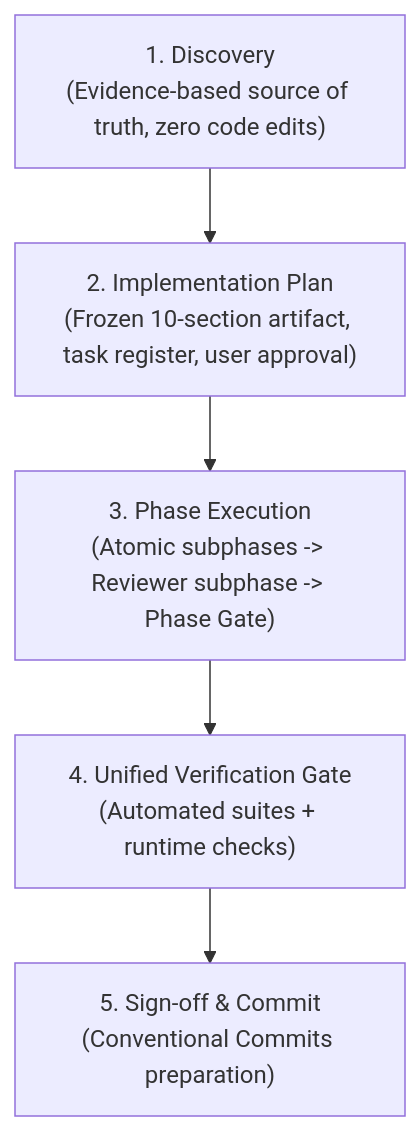
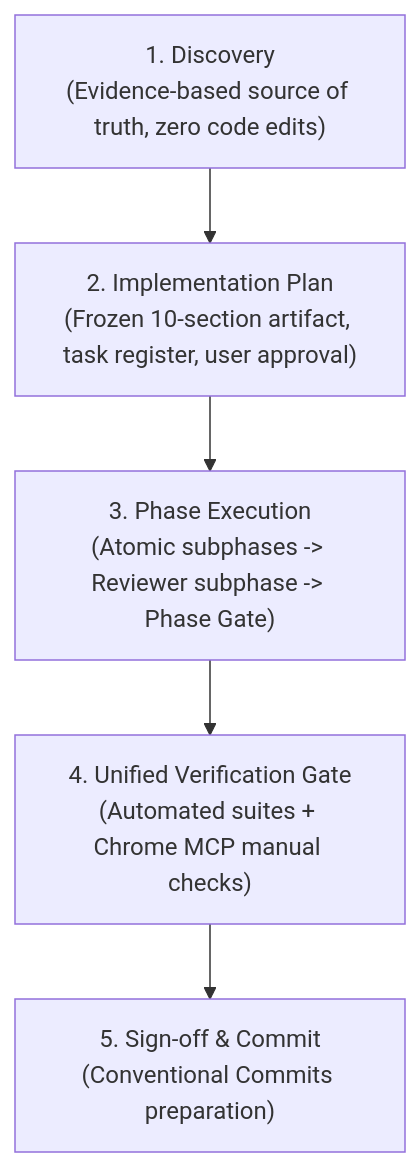
One commit to beoArcha/oXyFlow.VibrantCastle changed the diagram in .agents/rules/development_workflow.md. Above: the diagram before and after it, drawn with Mermaid. The commit also changed other lines of this file and 46 other files, not shown here.

````diff
--- a/.agents/rules/development_workflow.md
+++ b/.agents/rules/development_workflow.md
@@ -35,13 +36,13 @@
 ```mermaid
 graph TD
     S1["1. Discovery<br/>(Evidence-based source of truth, zero code edits)"]
     S2["2. Implementation Plan<br/>(Frozen 10-section artifact, task register, user approval)"]
     S3["3. Phase Execution<br/>(Atomic subphases -> Reviewer subphase -> Phase Gate)"]
-    S4["4. Unified Verification Gate<br/>(Automated suites + runtime checks)"]
+    S4["4. Unified Verification Gate<br/>(Automated suites + Chrome MCP manual checks)"]
     S5["5. Sign-off & Commit<br/>(Conventional Commits preparation)"]
 
     S1 --> S2
     S2 --> S3
     S3 --> S4
     S4 --> S5
 ```
````
